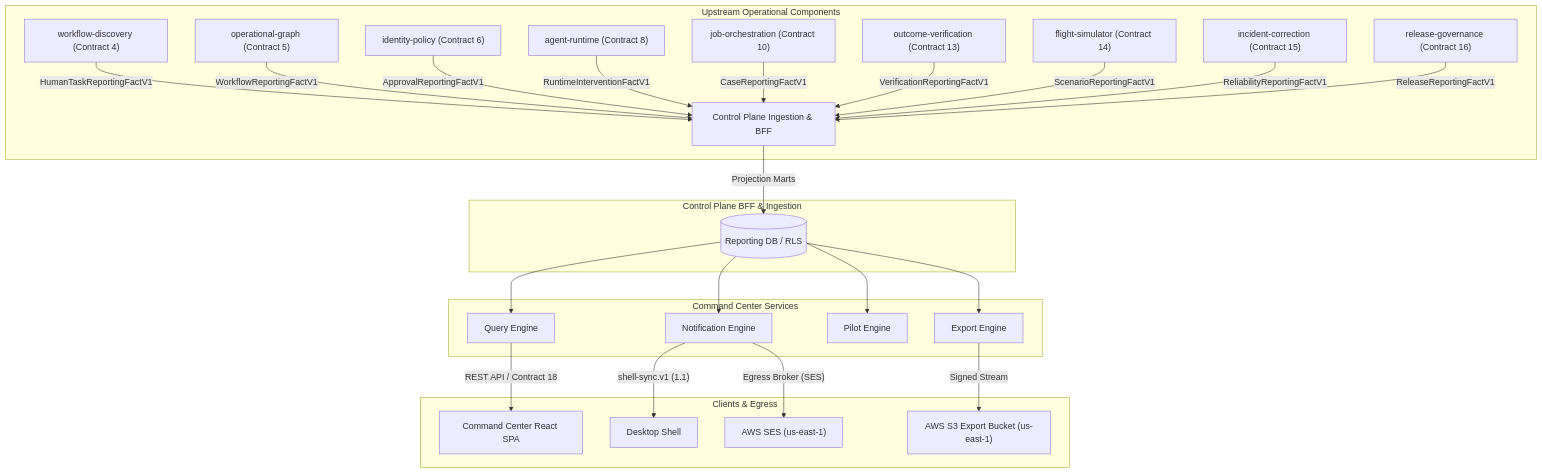
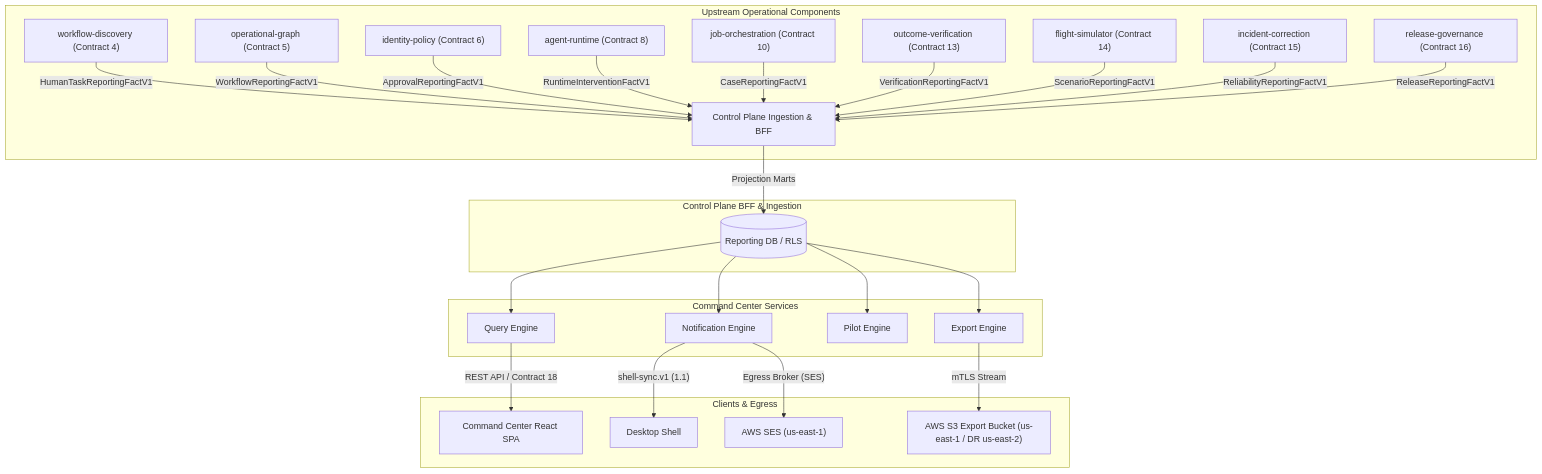
One commit to Harikeshav-R/Oryn changed the first of 4 diagrams in docs/components/command-center-analytics.md. Above: the diagram before and after it, drawn with Mermaid. The commit also changed other lines of this file and 35 other files, not shown here.

````diff
--- a/docs/components/command-center-analytics.md
+++ b/docs/components/command-center-analytics.md
@@ -95,32 +95,32 @@
 ```mermaid
 flowchart TD
     subgraph Upstream Operational Components
         WD["workflow-discovery (Contract 4)"] -->|"HumanTaskReportingFactV1"| CP
         OG["operational-graph (Contract 5)"] -->|"WorkflowReportingFactV1"| CP
         IP["identity-policy (Contract 6)"] -->|"ApprovalReportingFactV1"| CP
         AR["agent-runtime (Contract 8)"] -->|"RuntimeInterventionFactV1"| CP
         JO["job-orchestration (Contract 10)"] -->|"CaseReportingFactV1"| CP
         OV["outcome-verification (Contract 13)"] -->|"VerificationReportingFactV1"| CP
         FS["flight-simulator (Contract 14)"] -->|"ScenarioReportingFactV1"| CP
         IR["incident-correction (Contract 15)"] -->|"ReliabilityReportingFactV1"| CP
         RG["release-governance (Contract 16)"] -->|"ReleaseReportingFactV1"| CP
     end
 
     subgraph Control Plane BFF & Ingestion
         CP["Control Plane Ingestion & BFF"] -->|"Projection Marts"| DB[(Reporting DB / RLS)]
     end
 
     subgraph Command Center Services
         DB --> QE["Query Engine"]
         DB --> NE["Notification Engine"]
         DB --> PE["Pilot Engine"]
         DB --> EE["Export Engine"]
     end
 
     subgraph Clients & Egress
         QE -->|"REST API / Contract 18"| SPA["Command Center React SPA"]
         NE -->|"shell-sync.v1 (1.1)"| DS["Desktop Shell"]
         NE -->|"Egress Broker (SES)"| EMAIL["AWS SES (us-east-1)"]
-        EE -->|"Signed Stream"| S3["AWS S3 Export Bucket (us-east-1)"]
+        EE -->|"mTLS Stream"| S3["AWS S3 Export Bucket (us-east-1 / DR us-east-2)"]
     end
 ```
````
